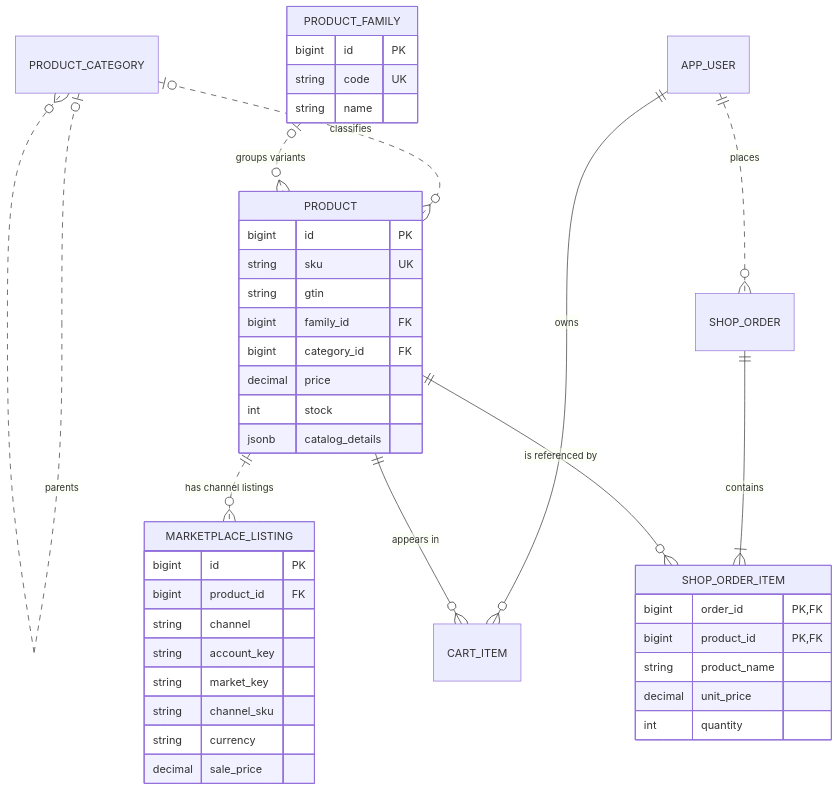
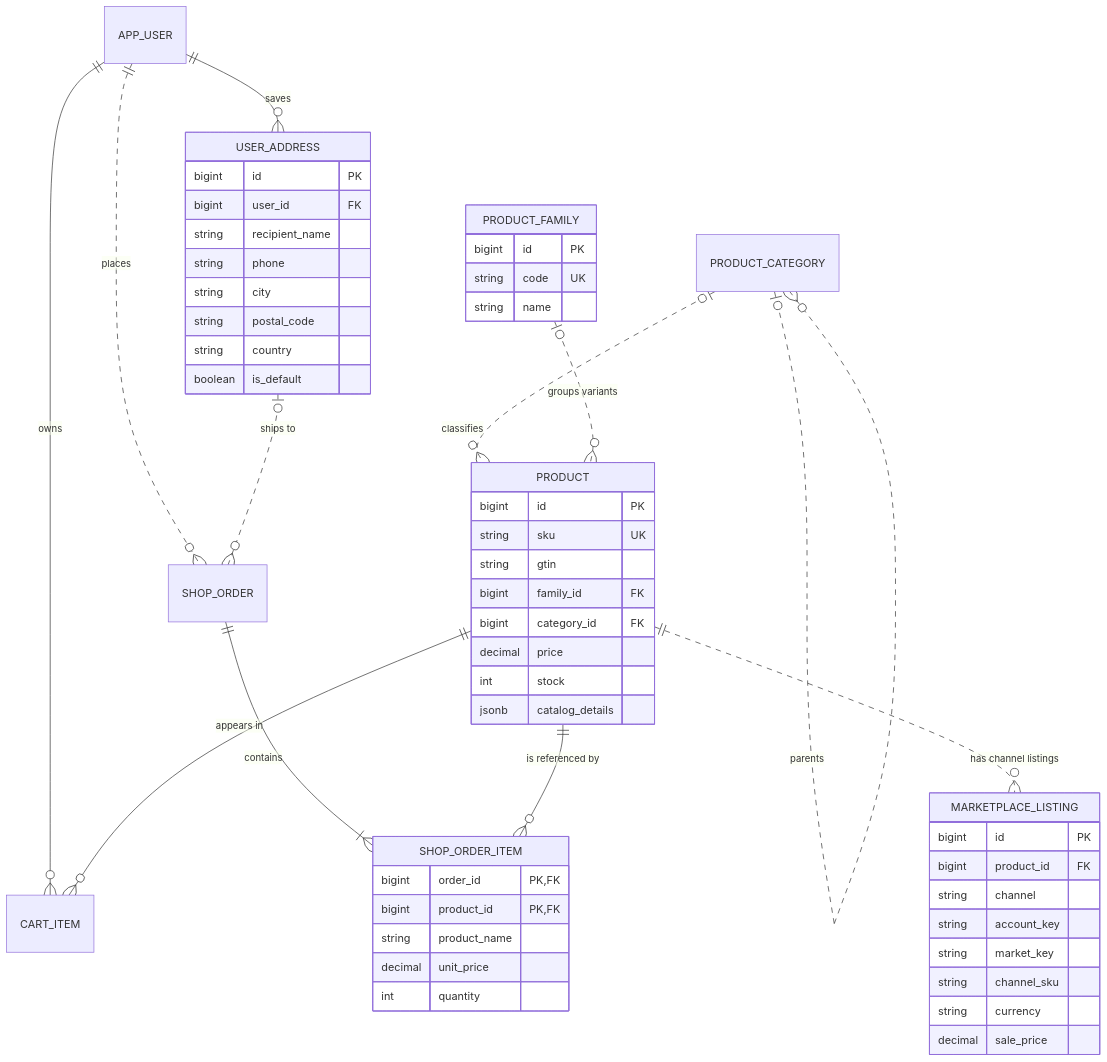
One commit to sametakbal/kips-backend changed the second of 4 diagrams in README.md. Above: the diagram before and after it, drawn with Mermaid. The commit also changed other lines of this file and 13 other files, not shown here.

Commit message:
feat: Implement user address management and integrate with order processing

````diff
--- a/README.md
+++ b/README.md
@@ -46,45 +46,57 @@
 ```mermaid
 erDiagram
     PRODUCT_CATEGORY |o..o{ PRODUCT_CATEGORY : "parents"
     PRODUCT_CATEGORY |o..o{ PRODUCT : "classifies"
     PRODUCT_FAMILY |o..o{ PRODUCT : "groups variants"
     PRODUCT ||..o{ MARKETPLACE_LISTING : "has channel listings"
     APP_USER ||--o{ CART_ITEM : "owns"
     PRODUCT ||--o{ CART_ITEM : "appears in"
+    APP_USER ||--o{ USER_ADDRESS : "saves"
     APP_USER ||..o{ SHOP_ORDER : "places"
+    USER_ADDRESS |o..o{ SHOP_ORDER : "ships to"
     SHOP_ORDER ||--|{ SHOP_ORDER_ITEM : "contains"
     PRODUCT ||--o{ SHOP_ORDER_ITEM : "is referenced by"
 
     PRODUCT_FAMILY {
         bigint id PK
         string code UK
         string name
     }
     PRODUCT {
         bigint id PK
         string sku UK
         string gtin
         bigint family_id FK
         bigint category_id FK
         decimal price
         int stock
         jsonb catalog_details
     }
     MARKETPLACE_LISTING {
         bigint id PK
         bigint product_id FK
         string channel
         string account_key
         string market_key
         string channel_sku
         string currency
         decimal sale_price
     }
+    USER_ADDRESS {
+        bigint id PK
+        bigint user_id FK
+        string recipient_name
+        string phone
+        string city
+        string postal_code
+        string country
+        boolean is_default
+    }
     SHOP_ORDER_ITEM {
         bigint order_id PK, FK
         bigint product_id PK, FK
         string product_name
         decimal unit_price
         int quantity
     }
 ```
````
